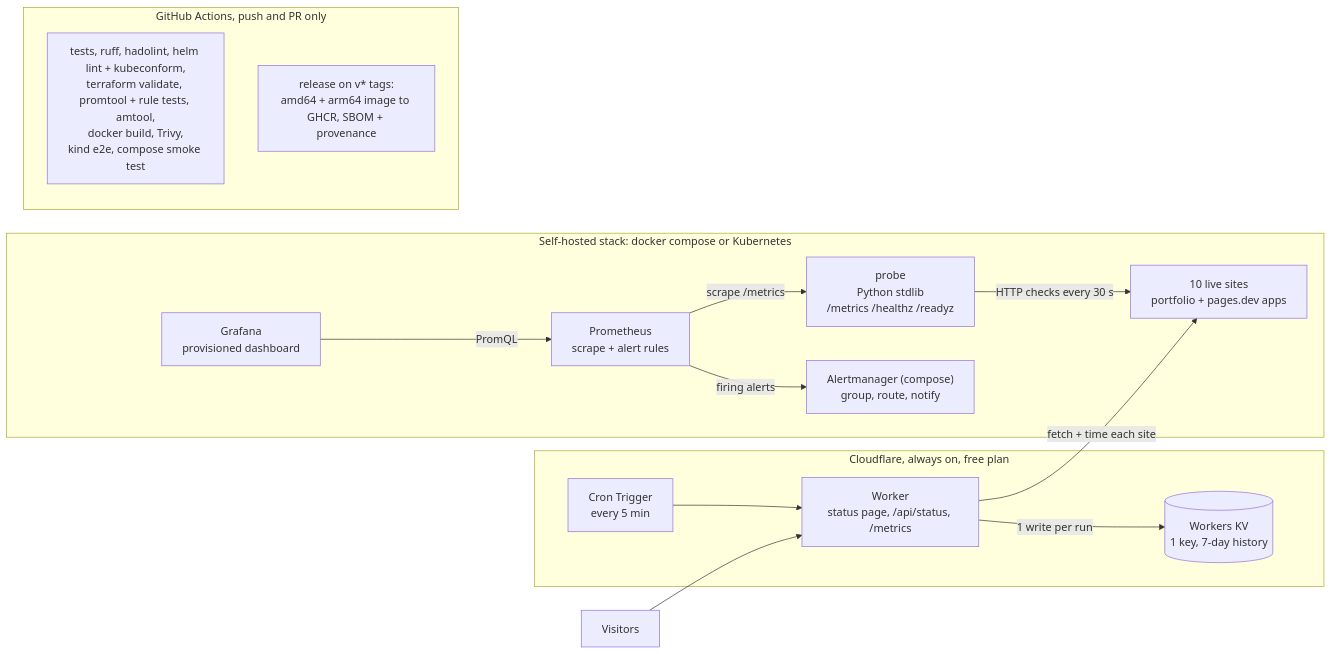
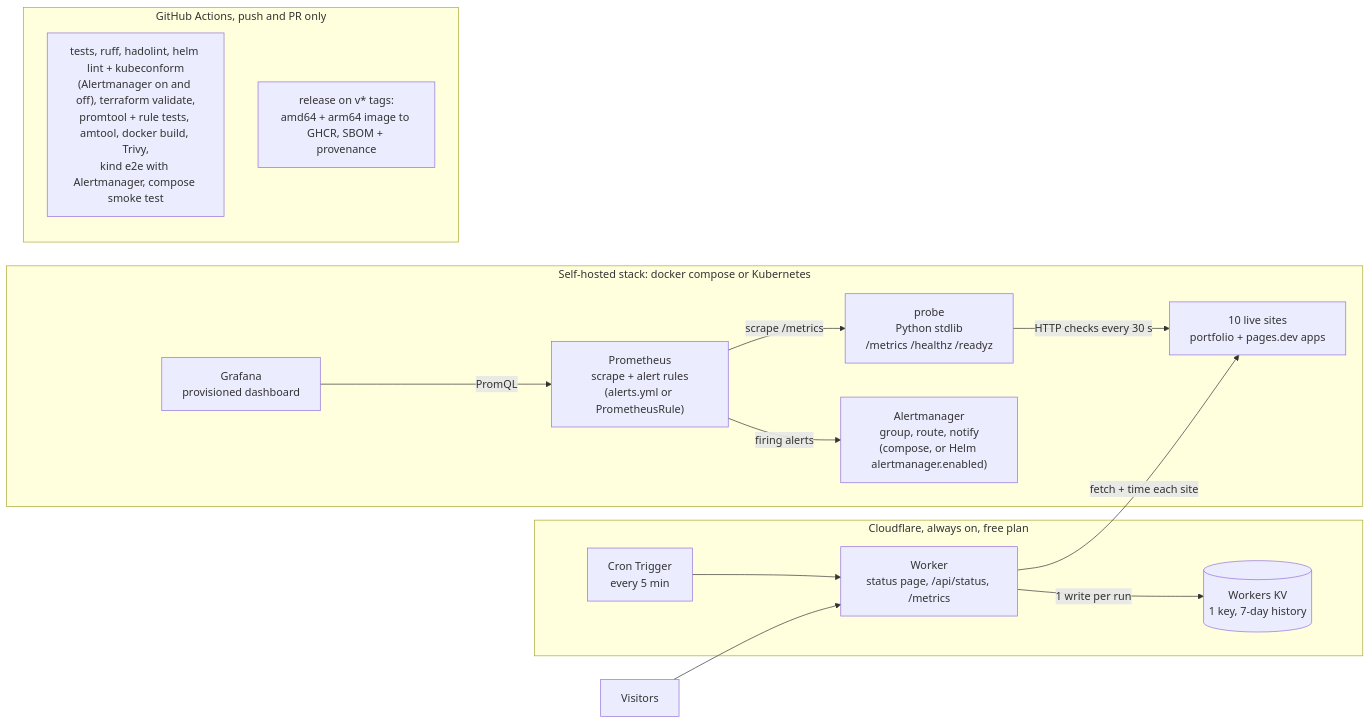
One commit to naniiic137/fleetwatch changed the first of 2 diagrams in README.md. Above: the diagram before and after it, drawn with Mermaid. The commit also changed other lines of this file and 14 other files, not shown here.

````diff
--- a/README.md
+++ b/README.md
@@ -17,31 +18,31 @@
 ```mermaid
 flowchart LR
     sites["10 live sites<br/>portfolio + pages.dev apps"]
 
     subgraph local["Self-hosted stack: docker compose or Kubernetes"]
         probe["probe<br/>Python stdlib<br/>/metrics /healthz /readyz"]
-        prom["Prometheus<br/>scrape + alert rules"]
-        am["Alertmanager (compose)<br/>group, route, notify"]
+        prom["Prometheus<br/>scrape + alert rules<br/>(alerts.yml or PrometheusRule)"]
+        am["Alertmanager<br/>group, route, notify<br/>(compose, or Helm alertmanager.enabled)"]
         graf["Grafana<br/>provisioned dashboard"]
         probe -- "HTTP checks every 30 s" --> sites
         prom -- "scrape /metrics" --> probe
         prom -- "firing alerts" --> am
         graf -- "PromQL" --> prom
     end
 
     subgraph cf["Cloudflare, always on, free plan"]
         cron["Cron Trigger<br/>every 5 min"]
         worker["Worker<br/>status page, /api/status, /metrics"]
         kv[("Workers KV<br/>1 key, 7-day history")]
         cron --> worker
         worker -- "fetch + time each site" --> sites
         worker -- "1 write per run" --> kv
     end
 
     visitors["Visitors"] --> worker
 
     subgraph gha["GitHub Actions, push and PR only"]
-        ci["tests, ruff, hadolint, helm lint + kubeconform,<br/>terraform validate, promtool + rule tests, amtool,<br/>docker build, Trivy,<br/>kind e2e, compose smoke test"]
+        ci["tests, ruff, hadolint, helm lint + kubeconform<br/>(Alertmanager on and off), terraform validate,<br/>promtool + rule tests, amtool, docker build, Trivy,<br/>kind e2e with Alertmanager, compose smoke test"]
         rel["release on v* tags:<br/>amd64 + arm64 image to GHCR, SBOM + provenance"]
     end
 ```
````
